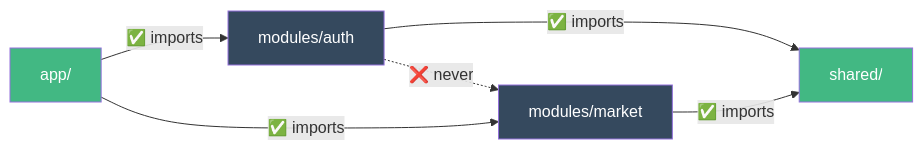
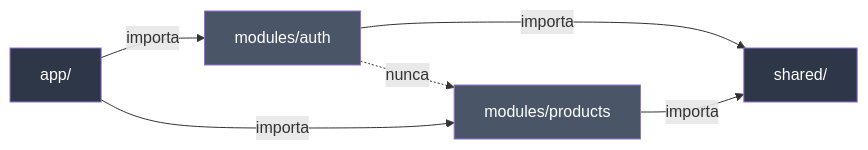
One commit to NoaiRox/specialist-agent changed the second of 2 diagrams in docs/pt-BR/guide/architecture.md. Above: the diagram before and after it, drawn with Mermaid. The commit also changed other lines of this file and 7 other files, not shown here.

First line of the commit message:
refactor(docs): make ARCHITECTURE.md optional and docs framework-agnostic (#60)

````diff
--- a/docs/pt-BR/guide/architecture.md
+++ b/docs/pt-BR/guide/architecture.md
@@ -28,13 +71,13 @@
 ```mermaid
 graph LR
-    App["app/"] -->|"✅ imports"| ModA["modules/auth"]
-    App -->|"✅ imports"| ModB["modules/market"]
-    ModA -->|"✅ imports"| Shared["shared/"]
-    ModB -->|"✅ imports"| Shared
-    ModA -.->|"❌ never"| ModB
+    App["app/"] -->|"importa"| ModA["modules/auth"]
+    App -->|"importa"| ModB["modules/products"]
+    ModA -->|"importa"| Shared["shared/"]
+    ModB -->|"importa"| Shared
+    ModA -.->|"nunca"| ModB
 
-    style App fill:#42b883,color:#fff
-    style ModA fill:#35495e,color:#fff
-    style ModB fill:#35495e,color:#fff
-    style Shared fill:#42b883,color:#fff
+    style App fill:#2d3748,color:#fff
+    style ModA fill:#4a5568,color:#fff
+    style ModB fill:#4a5568,color:#fff
+    style Shared fill:#2d3748,color:#fff
 ```
````
